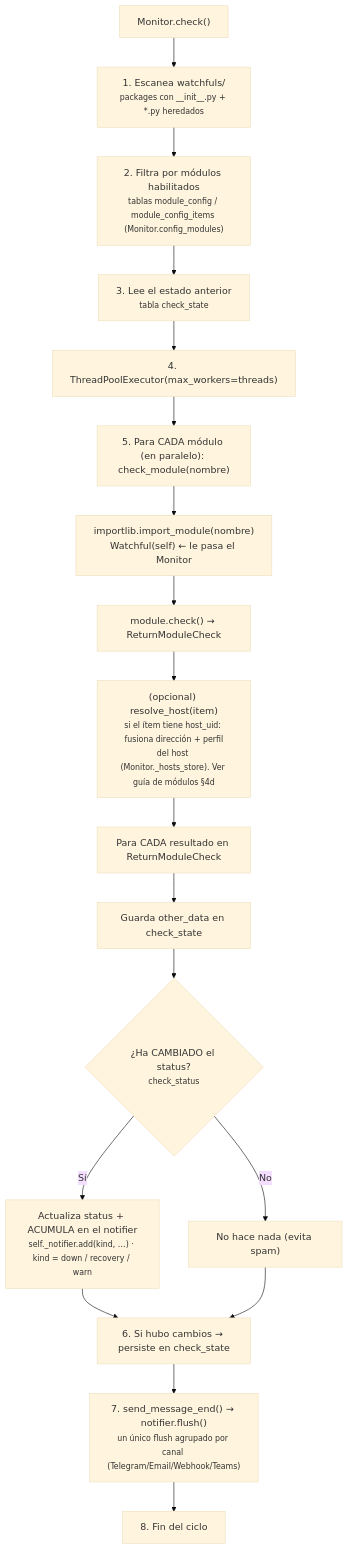
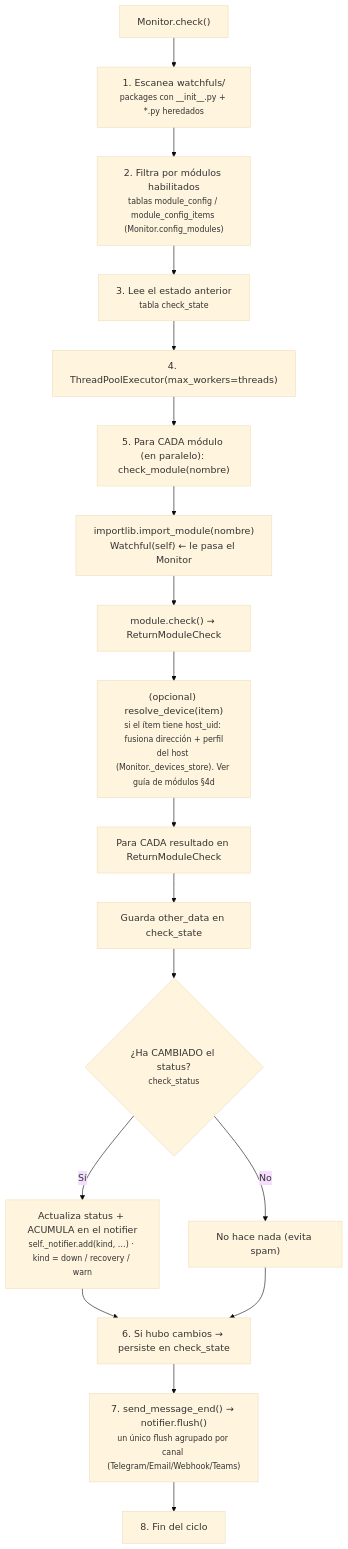
One commit to vsc55/ServiceSentry changed the fourth of 6 diagrams in docs/explica-arquitectura.md. Above: the diagram before and after it, drawn with Mermaid (base theme). The commit also changed other lines of this file and 434 other files, not shown here.

````diff
--- a/docs/explica-arquitectura.md
+++ b/docs/explica-arquitectura.md
@@ -452,25 +452,25 @@
 ```mermaid
 flowchart TD
     start["Monitor.check()"]
     scan["1. Escanea watchfuls/<br/><small>packages con __init__.py + *.py heredados</small>"]
     filter["2. Filtra por módulos habilitados<br/><small>tablas module_config / module_config_items (Monitor.config_modules)</small>"]
     prev["3. Lee el estado anterior<br/><small>tabla check_state</small>"]
     pool["4. ThreadPoolExecutor(max_workers=threads)"]
     start --> scan --> filter --> prev --> pool
 
     pool --> mod["5. Para CADA módulo (en paralelo): check_module(nombre)"]
     mod --> imp["importlib.import_module(nombre)<br/>Watchful(self) ← le pasa el Monitor"]
     imp --> chk["module.check() → ReturnModuleCheck"]
-    chk --> host["(opcional) resolve_host(item)<br/><small>si el ítem tiene host_uid: fusiona dirección + perfil<br/>del host (Monitor._hosts_store). Ver guía de módulos §4d</small>"]
+    chk --> host["(opcional) resolve_device(item)<br/><small>si el ítem tiene host_uid: fusiona dirección + perfil<br/>del host (Monitor._devices_store). Ver guía de módulos §4d</small>"]
 
     host --> each["Para CADA resultado en ReturnModuleCheck"]
     each --> save["Guarda other_data en check_state"]
     save --> changed{"¿Ha CAMBIADO el status?<br/><small>check_status</small>"}
     changed -->|Sí| upd["Actualiza status + ACUMULA en el notifier<br/><small>self._notifier.add(kind, …) · kind = down / recovery / warn</small>"]
     changed -->|No| noop["No hace nada (evita spam)"]
 
     upd --> persist["6. Si hubo cambios → persiste en check_state"]
     noop --> persist
     persist --> summary["7. send_message_end() → notifier.flush()<br/><small>un único flush agrupado por canal (Telegram/Email/Webhook/Teams)</small>"]
     summary --> done["8. Fin del ciclo"]
 ```
````
